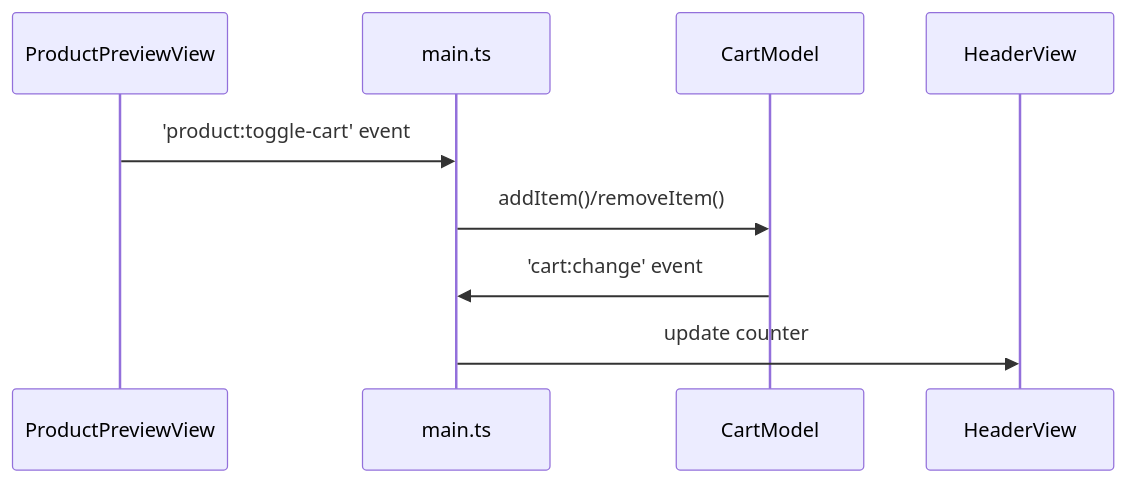
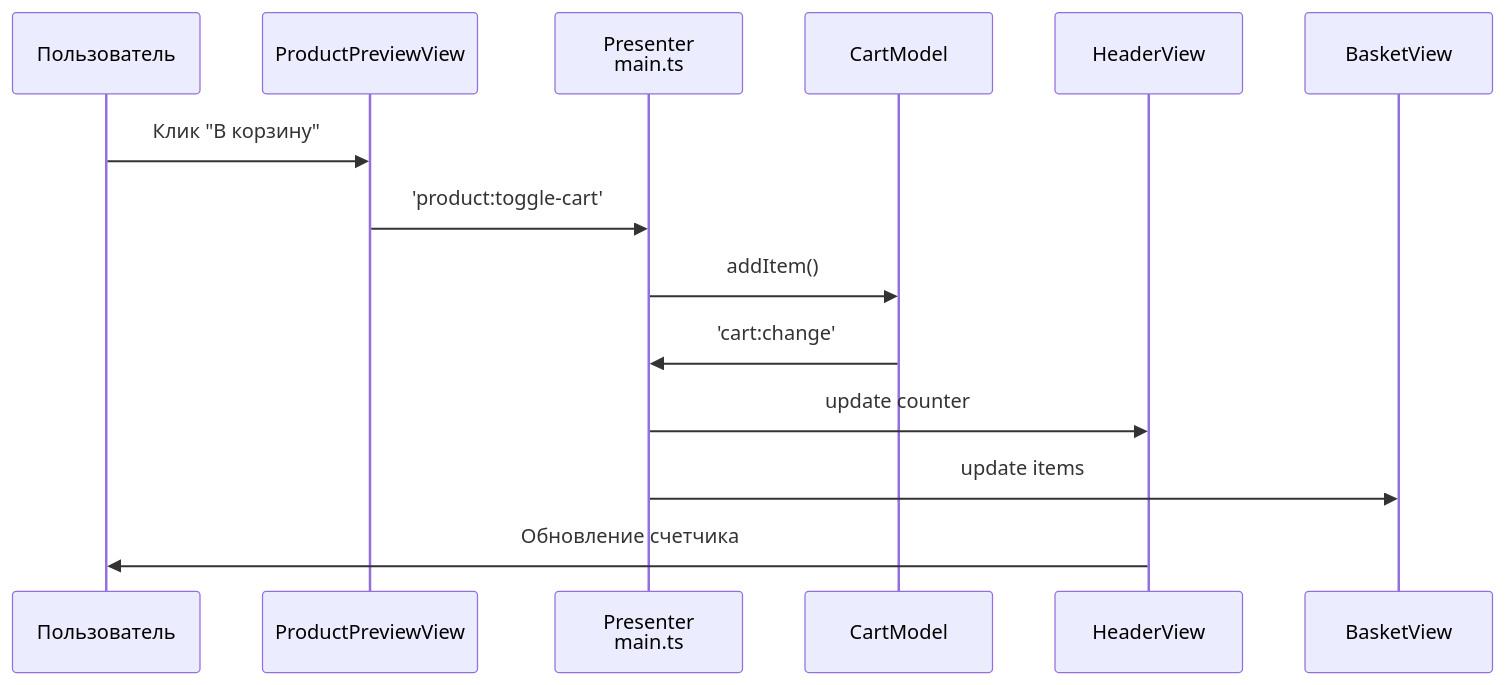
Before and after one commit to p-nastasiya/weblarek: the fourth of 5 diagrams in README.md, drawn with Mermaid. The commit also changed other lines of this file and 18 other files, not shown here.

````diff
--- a/README.md
+++ b/README.md
@@ -473,12 +500,18 @@
 ```mermaid
 sequenceDiagram
-    participant P as ProductPreviewView
-    participant M as main.ts
+    
+    participant U as Пользователь
+    participant PV as ProductPreviewView
+    participant P as Presenter<br/>main.ts
     participant CM as CartModel
-    participant H as HeaderView
+    participant HV as HeaderView
+    participant BV as BasketView
     
-    P->>M: 'product:toggle-cart' event
-    M->>CM: addItem()/removeItem()
-    CM->>M: 'cart:change' event
-    M->>H: update counter
+    U->>PV: Клик "В корзину"
+    PV->>P: 'product:toggle-cart'
+    P->>CM: addItem()
+    CM->>P: 'cart:change'
+    P->>HV: update counter
+    P->>BV: update items
+    HV->>U: Обновление счетчика
 ```
````
